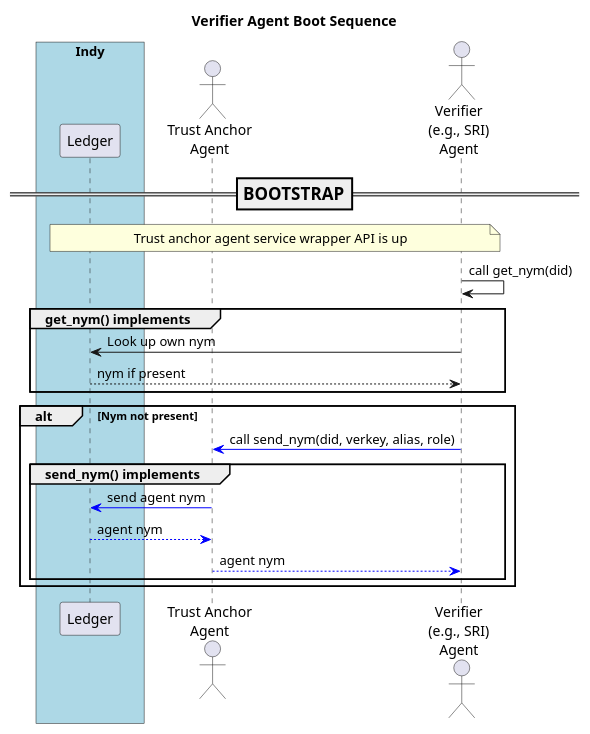
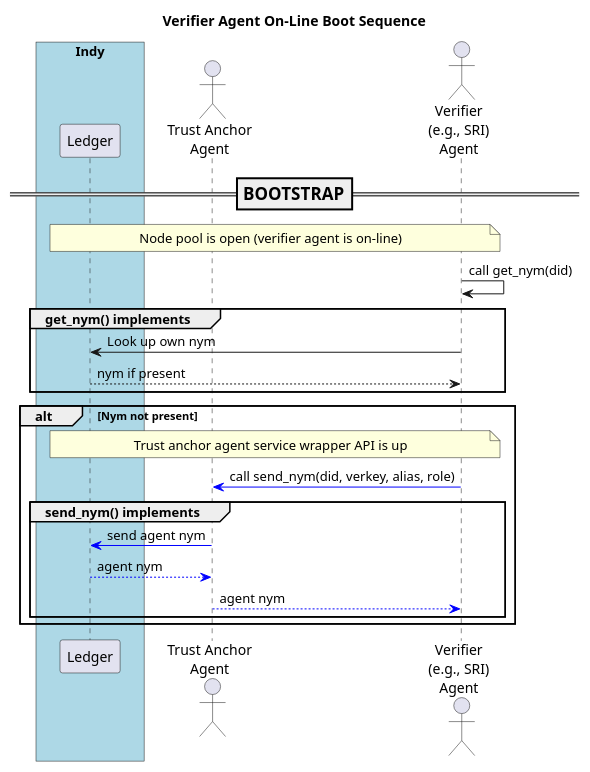
The diagram in doc/pic/src/boot.verifier.puml (PSPC-SPAC-buyandsell/von_base), drawn with PlantUML before and after one commit. The commit also changed 14 other files, not shown here.

```diff
--- a/doc/pic/src/boot.verifier.puml
+++ b/doc/pic/src/boot.verifier.puml
@@ -1,49 +1,52 @@
 @startuml
 /'
 Copyright 2017-2018 Government of Canada - Public Services and Procurement Canada - buyandsell.gc.ca
 
 Licensed under the Apache License, Version 2.0 (the "License");
 you may not use this file except in compliance with the License.
 You may obtain a copy of the License at
 
 http://www.apache.org/licenses/LICENSE-2.0
 
 Unless required by applicable law or agreed to in writing, software
 distributed under the License is distributed on an "AS IS" BASIS,
 WITHOUT WARRANTIES OR CONDITIONS OF ANY KIND, either express or implied.
 See the License for the specific language governing permissions and
 limitations under the License.
 '/
 
 skinparam ParticipantPadding 20
 skinparam BaloxPadding 20
 
-title Verifier Agent Boot Sequence
+title Verifier Agent On-Line Boot Sequence
 
 
 box "Indy" #LightBlue
     participant "Ledger" as ledger
 endbox
 actor "Trust Anchor\nAgent" as tag
 actor "Verifier\n(e.g., SRI)\nAgent" as sag
 
 === BOOTSTRAP ==
 note over ledger, sag
-Trust anchor agent service wrapper API is up
+    Node pool is open (verifier agent is on-line)
 endnote
 
 sag -> sag: call get_nym(did)
 group get_nym() implements
     sag -> ledger: Look up own nym
     ledger --> sag: nym if present
 end
 alt Nym not present
+    note over ledger, sag
+        Trust anchor agent service wrapper API is up
+    endnote
     sag -[#blue]> tag: call send_nym(did, verkey, alias, role)
     group send_nym() implements
         tag -[#blue]> ledger: send agent nym
         ledger --[#blue]> tag: agent nym
         tag --[#blue]> sag: agent nym
     end
 end
 
 @enduml
```
